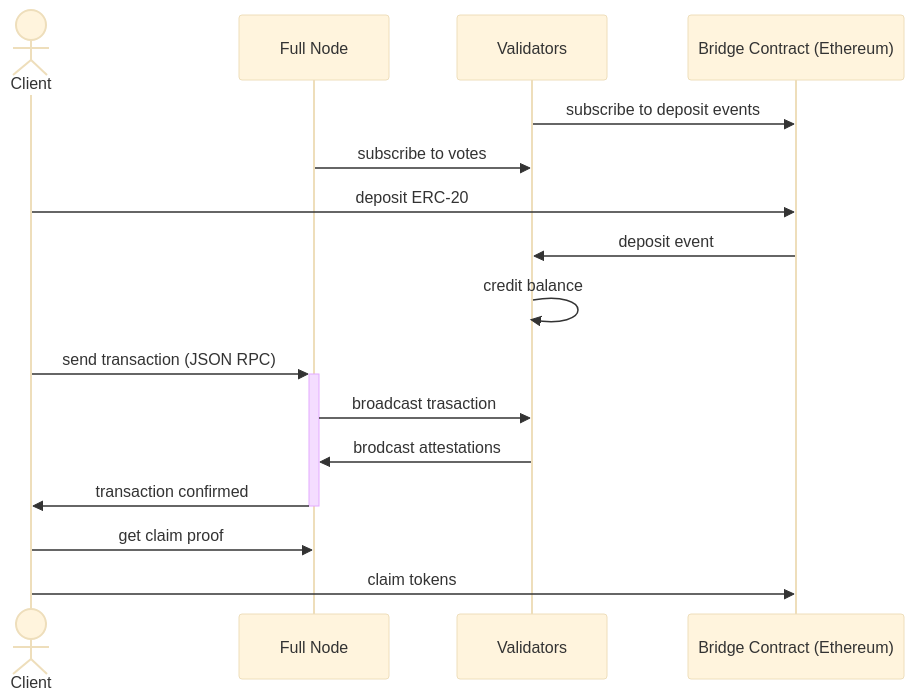
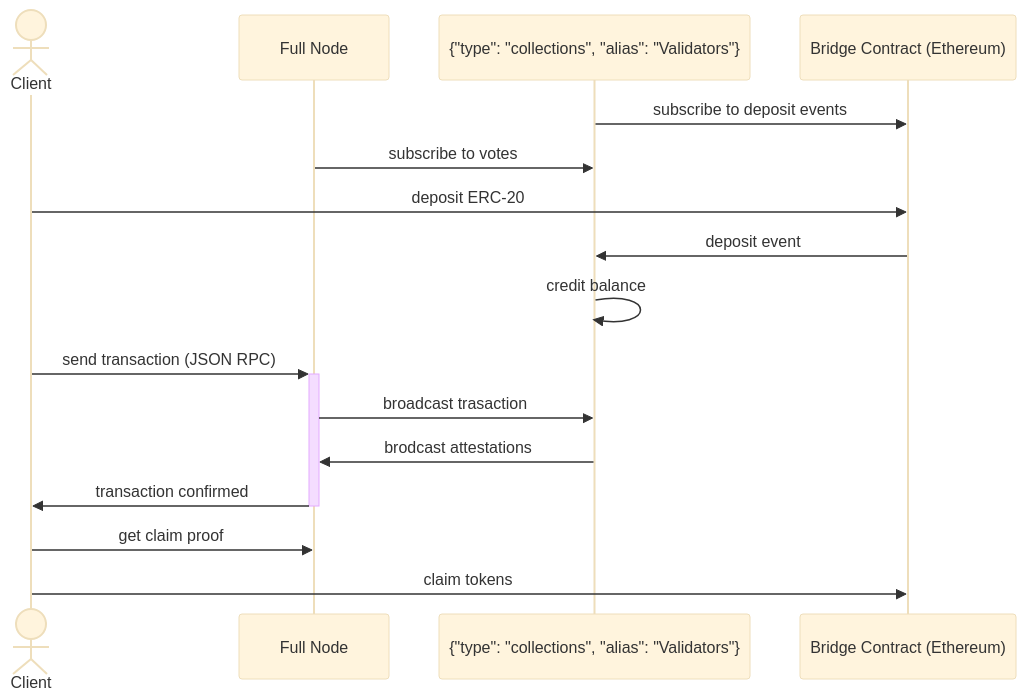
The diagram in doc/protocol/network-architecture/README.md (podnetwork/pod-sdk), drawn with Mermaid (base theme) before and after one commit. The commit also changed 9 other files, not shown here.

````diff
--- a/doc/protocol/network-architecture/README.md
+++ b/doc/protocol/network-architecture/README.md
@@ -5,24 +5,24 @@
 ```mermaid
 sequenceDiagram
     actor C as Client
     participant F as Full Node
-    participant V as Validators
+    participant V as {"type": "collections", "alias": "Validators"}
     participant B as Bridge Contract (Ethereum)
 
     V->>B: subscribe to deposit events
     F->>V: subscribe to votes
 
     C->>B: deposit ERC-20
     B->>V: deposit event
     V->>V: credit balance
 
     C->>+F: send transaction (JSON RPC)
     F->>V: broadcast trasaction
     V->>F: brodcast attestations
     F->>-C: transaction confirmed
 
     
 
     C->>F: get claim proof
     C->>B: claim tokens
 ```
````
